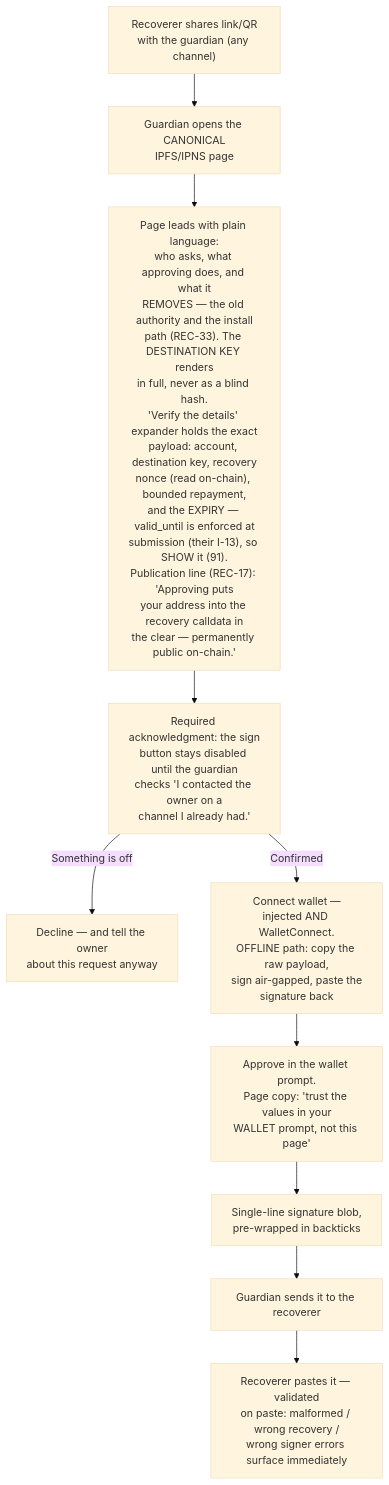
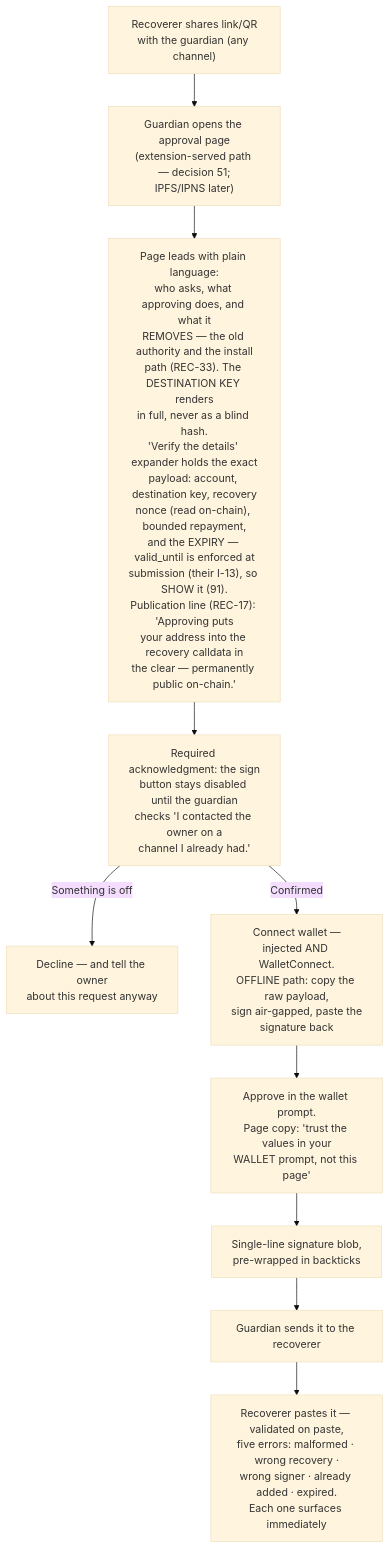
Before and after one commit to FiboAtWonder/kohaku-extension: diagram 11 of 12 in social-recovery-ux-flows.md, drawn with Mermaid (base theme). The commit also changed other lines of this file and 4 other files, not shown here.

````diff
--- a/social-recovery-ux-flows.md
+++ b/social-recovery-ux-flows.md
@@ -383,12 +382,12 @@
 ```mermaid
 flowchart TD
-    A["Recoverer shares link/QR<br/>with the guardian (any channel)"] --> B["Guardian opens the CANONICAL<br/>IPFS/IPNS page"]
+    A["Recoverer shares link/QR<br/>with the guardian (any channel)"] --> B["Guardian opens the approval page<br/>(extension-served path — decision 51;<br/>IPFS/IPNS later)"]
     B --> C["Page leads with plain language:<br/>who asks, what approving does, and what it<br/>REMOVES — the old authority and the install<br/>path (REC-33). The DESTINATION KEY renders<br/>in full, never as a blind hash.<br/>'Verify the details' expander holds the exact<br/>payload: account, destination key, recovery<br/>nonce (read on-chain), bounded repayment,<br/>and the EXPIRY — valid_until is enforced at<br/>submission (their I-13), so SHOW it (91).<br/>Publication line (REC-17): 'Approving puts<br/>your address into the recovery calldata in<br/>the clear — permanently public on-chain.'"]
     C --> W["Required acknowledgment: the sign<br/>button stays disabled until the guardian<br/>checks 'I contacted the owner on a<br/>channel I already had.'"]
     W -->|Something is off| DE["Decline — and tell the owner<br/>about this request anyway"]
     W -->|Confirmed| D["Connect wallet —<br/>injected AND WalletConnect.<br/>OFFLINE path: copy the raw payload,<br/>sign air-gapped, paste the<br/>signature back"]
     D --> E["Approve in the wallet prompt.<br/>Page copy: 'trust the values in your<br/>WALLET prompt, not this page'"]
     E --> F["Single-line signature blob,<br/>pre-wrapped in backticks"]
     F --> G[Guardian sends it to the recoverer]
-    G --> H["Recoverer pastes it — validated<br/>on paste: malformed / wrong recovery /<br/>wrong signer errors surface immediately"]
+    G --> H["Recoverer pastes it — validated on paste,<br/>five errors: malformed · wrong recovery ·<br/>wrong signer · already added · expired.<br/>Each one surfaces immediately"]
 ```
````
